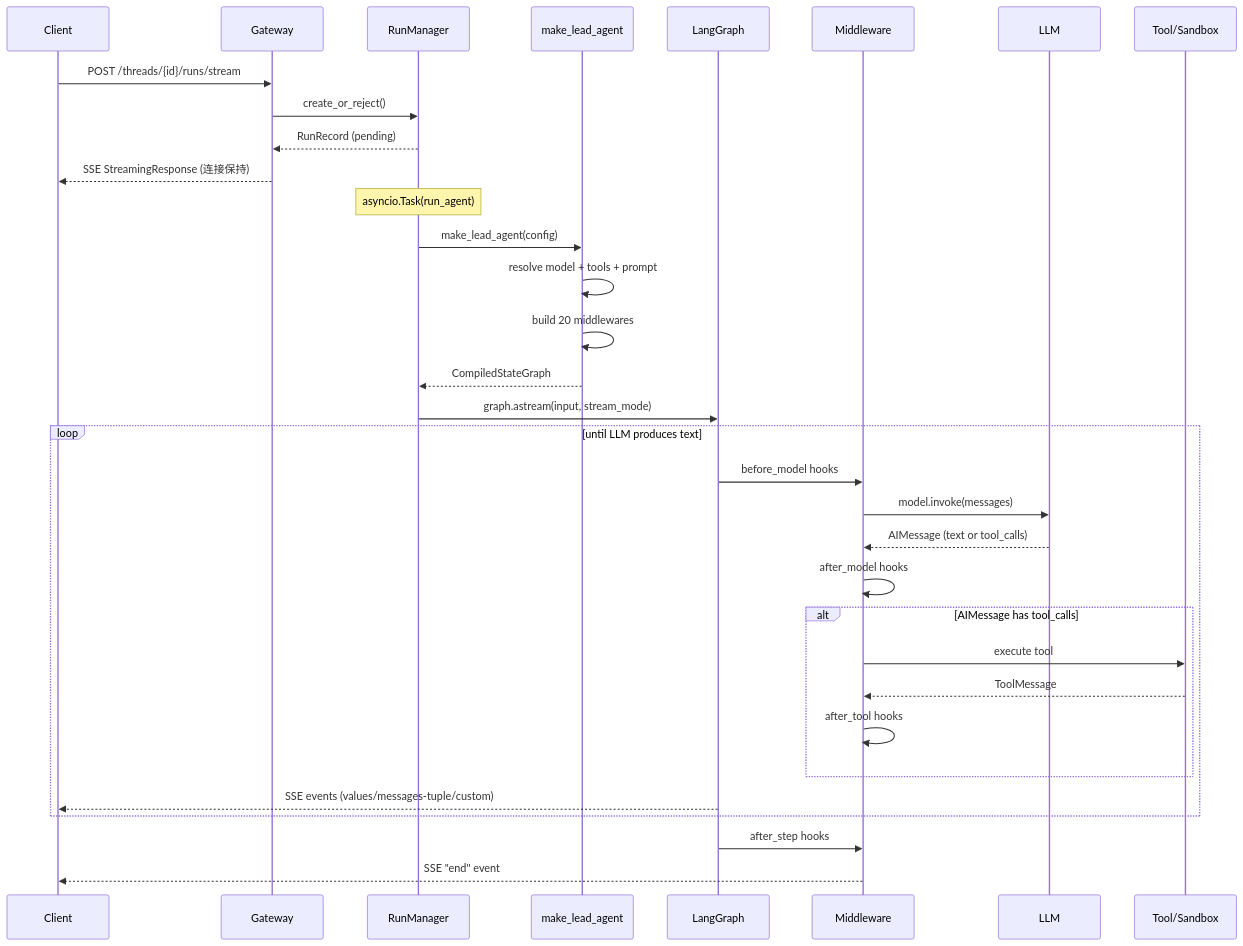
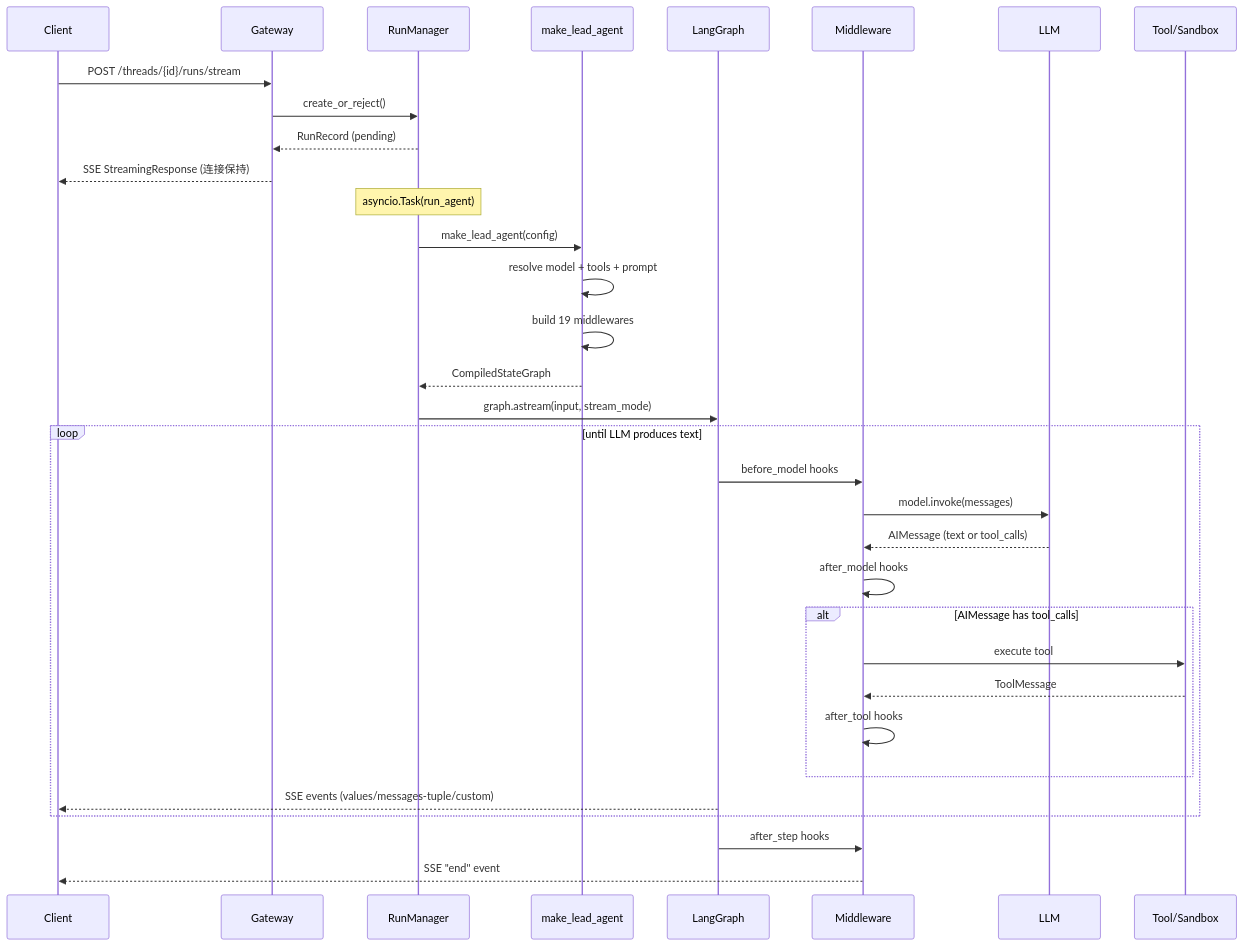
The diagram in _digest/architecture/03-request-flow.md (ethan-jiang-1/deer-flow), drawn with Mermaid before and after one commit. The commit also changed 15 other files, not shown here.

````diff
--- a/_digest/architecture/03-request-flow.md
+++ b/_digest/architecture/03-request-flow.md
@@ -9,41 +9,41 @@
 ```mermaid
 sequenceDiagram
     participant C as Client
     participant G as Gateway
     participant RM as RunManager
     participant MLA as make_lead_agent
     participant LG as LangGraph
     participant MW as Middleware
     participant LLM as LLM
     participant Tool as Tool/Sandbox
 
     C->>G: POST /threads/{id}/runs/stream
     G->>RM: create_or_reject()
     RM-->>G: RunRecord (pending)
     G-->>C: SSE StreamingResponse (连接保持)
 
     Note over RM: asyncio.Task(run_agent)
 
     RM->>MLA: make_lead_agent(config)
     MLA->>MLA: resolve model + tools + prompt
-    MLA->>MLA: build 20 middlewares
+    MLA->>MLA: build 19 middlewares
     MLA-->>RM: CompiledStateGraph
 
     RM->>LG: graph.astream(input, stream_mode)
 
     loop until LLM produces text
         LG->>MW: before_model hooks
         MW->>LLM: model.invoke(messages)
         LLM-->>MW: AIMessage (text or tool_calls)
         MW->>MW: after_model hooks
         alt AIMessage has tool_calls
             MW->>Tool: execute tool
             Tool-->>MW: ToolMessage
             MW->>MW: after_tool hooks
         end
         LG-->>C: SSE events (values/messages-tuple/custom)
     end
 
     LG->>MW: after_step hooks
     MW-->>C: SSE "end" event
 ```
````
